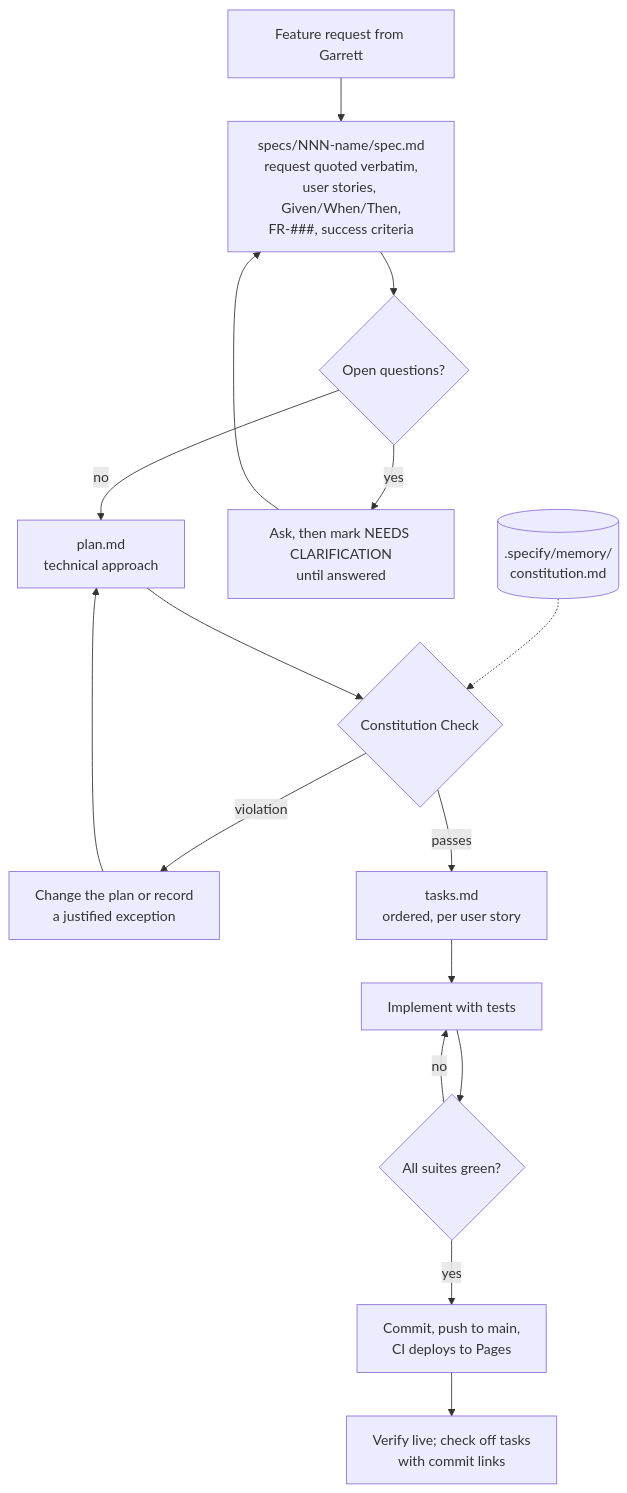
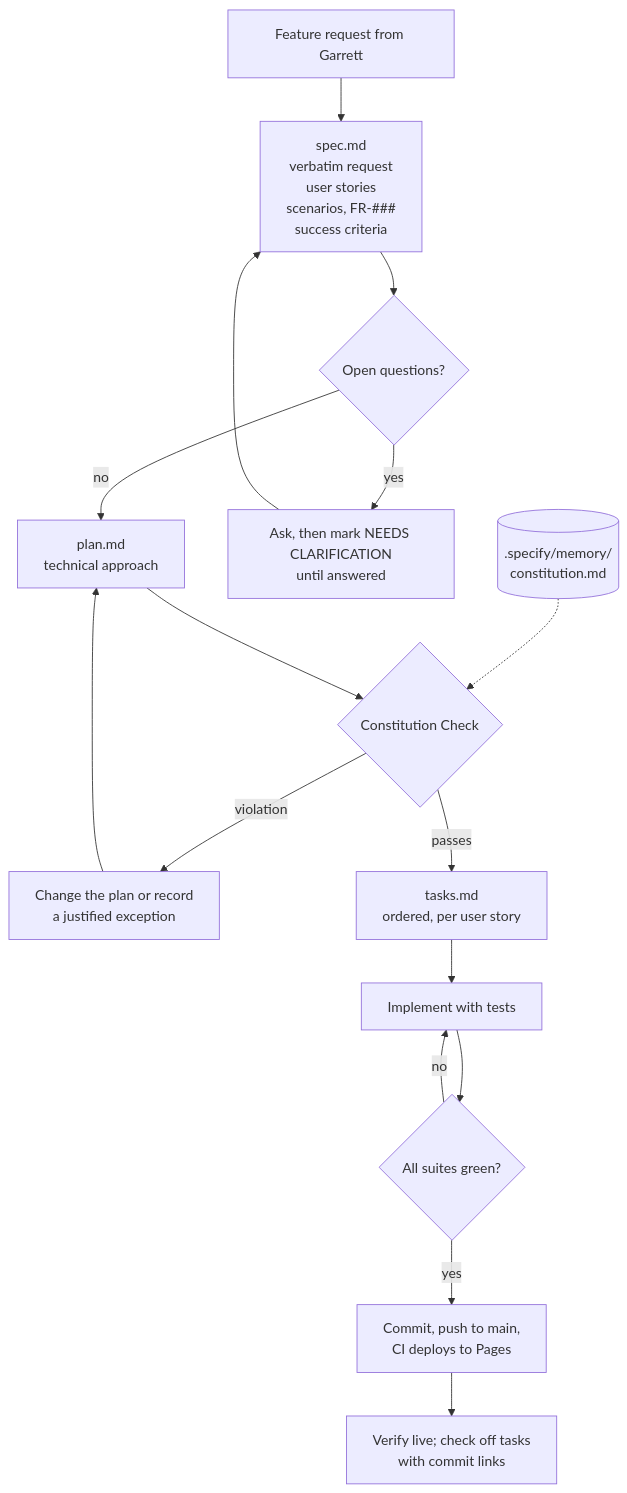
One commit to gkizior/blazor-2048 changed the diagram in docs/spec-driven-development.md. Above: the diagram before and after it, drawn with Mermaid. The commit also changed 4 other files, not shown here.

Commit message:
Docs: shorter labels in the spec-driven development flowchart

````diff
--- a/docs/spec-driven-development.md
+++ b/docs/spec-driven-development.md
@@ -19,17 +19,17 @@
 ```mermaid
 flowchart TD
     accTitle: Spec-driven development workflow
-    Req[Feature request from Garrett] --> Spec["specs/NNN-name/spec.md<br/>request quoted verbatim,<br/>user stories, Given/When/Then,<br/>FR-###, success criteria"]
+    Req[Feature request from Garrett] --> Spec["spec.md<br/>verbatim request<br/>user stories<br/>scenarios, FR-###<br/>success criteria"]
     Const[(".specify/memory/<br/>constitution.md")] -.-> Check
     Spec --> Clarify{Open questions?}
     Clarify -- yes --> Ask[Ask, then mark NEEDS CLARIFICATION<br/>until answered] --> Spec
     Clarify -- no --> Plan["plan.md<br/>technical approach"]
     Plan --> Check{Constitution Check}
     Check -- violation --> Rework[Change the plan or record<br/>a justified exception] --> Plan
     Check -- passes --> Tasks["tasks.md<br/>ordered, per user story"]
     Tasks --> Impl[Implement with tests]
     Impl --> Green{All suites green?}
     Green -- no --> Impl
     Green -- yes --> Ship[Commit, push to main,<br/>CI deploys to Pages]
     Ship --> Verify[Verify live; check off tasks<br/>with commit links]
 ```
````
